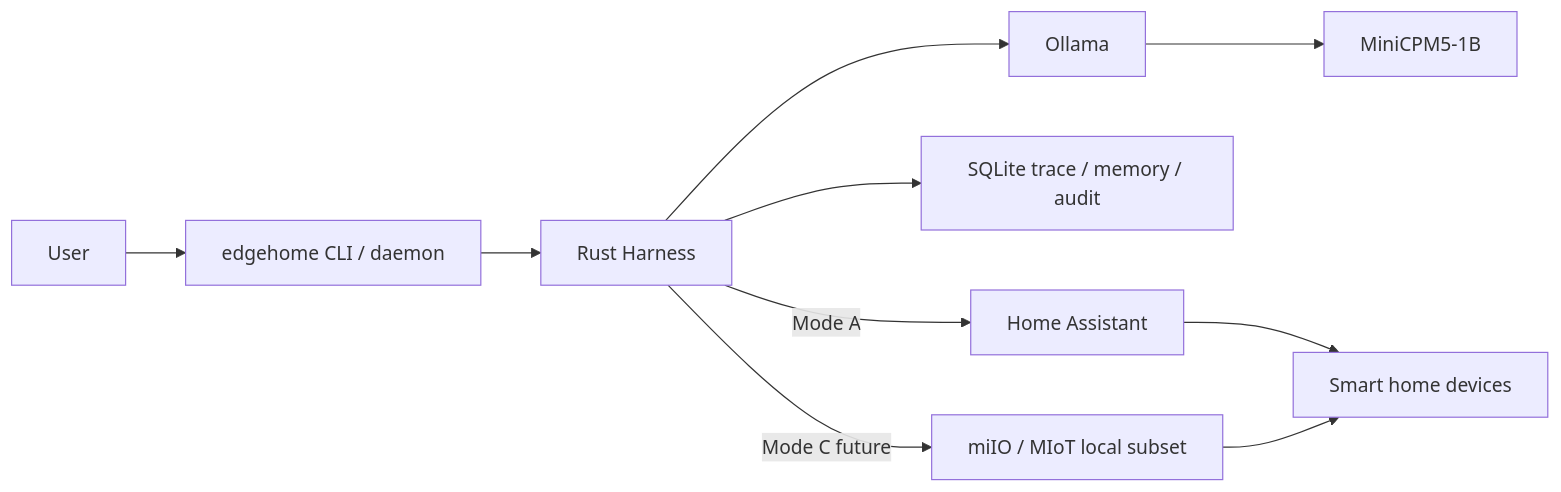
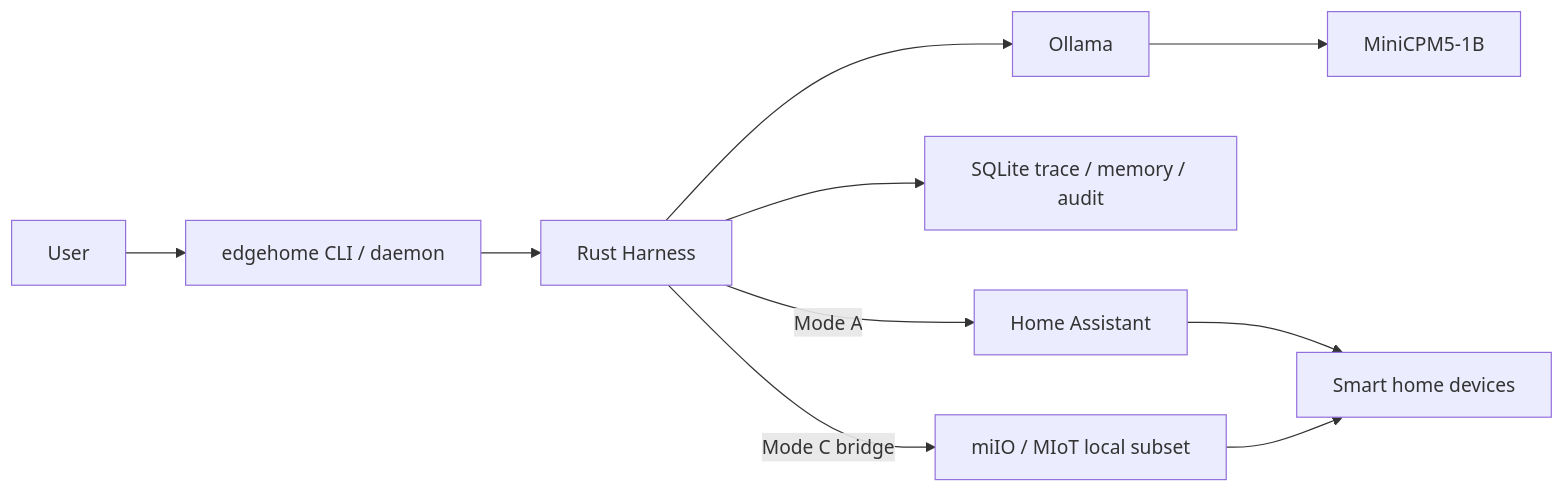
One commit to yushui2022/EdgeHome-Harness changed the diagram in docs/deployment-modes.md. Above: the diagram before and after it, drawn with Mermaid. The commit also changed other lines of this file and 39 other files, not shown here.

````diff
--- a/docs/deployment-modes.md
+++ b/docs/deployment-modes.md
@@ -15,22 +15,22 @@
 ```mermaid
 flowchart LR
   User["User"]
   CLI["edgehome CLI / daemon"]
   Harness["Rust Harness"]
   Ollama["Ollama"]
   Model["MiniCPM5-1B"]
   SQLite["SQLite trace / memory / audit"]
   HA["Home Assistant"]
   Miio["miIO / MIoT local subset"]
   Devices["Smart home devices"]
 
   User --> CLI
   CLI --> Harness
   Harness --> Ollama
   Ollama --> Model
   Harness --> SQLite
   Harness -->|"Mode A"| HA
   HA --> Devices
-  Harness -->|"Mode C future"| Miio
+  Harness -->|"Mode C bridge"| Miio
   Miio --> Devices
 ```
````
